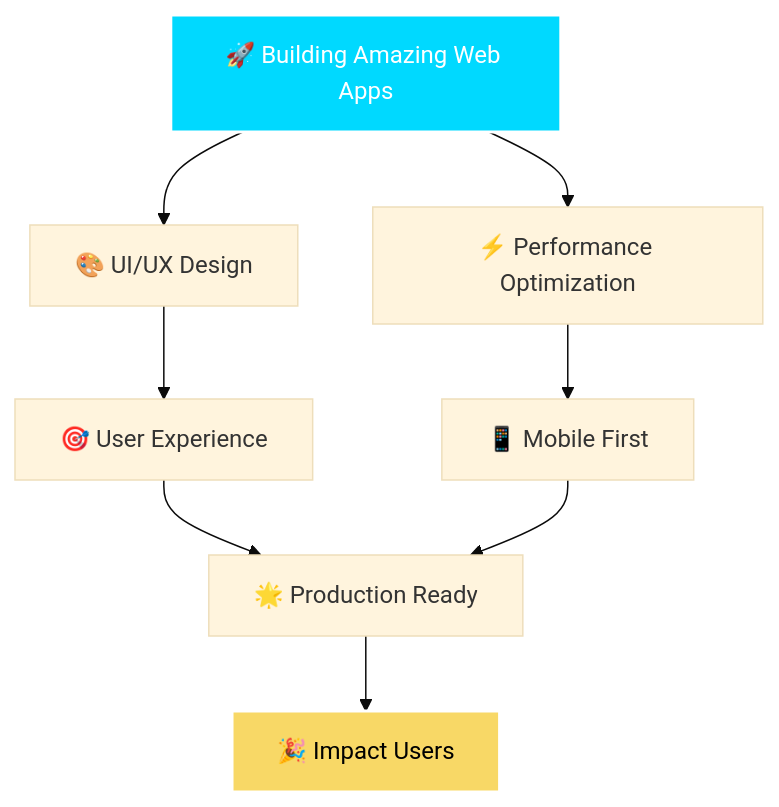
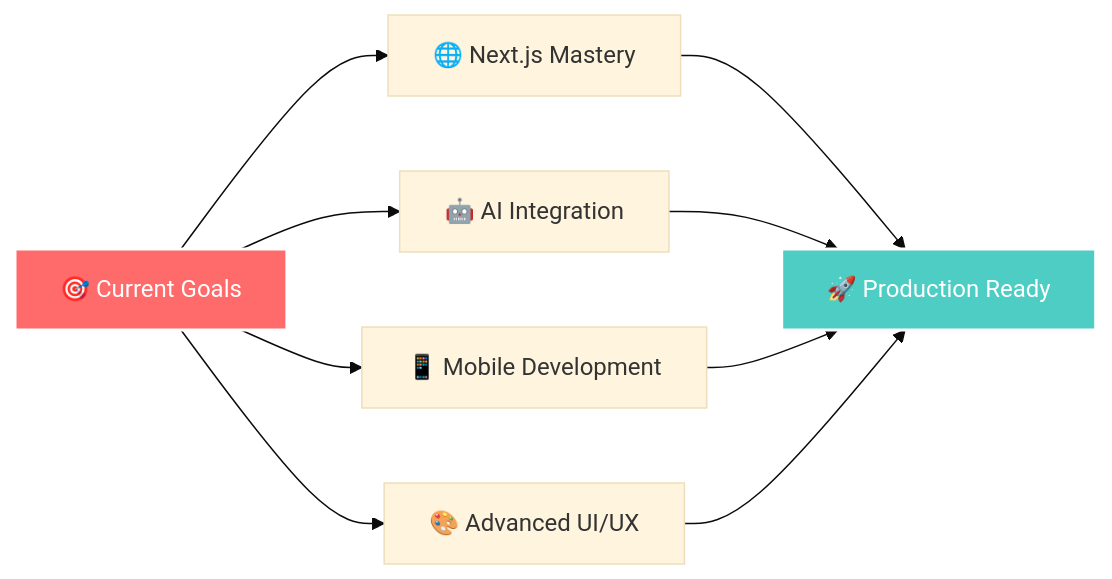
One commit to hacknotch/Preetam-Kulkarni changed the diagram in README.md. Above: the diagram before and after it, drawn with Mermaid (base theme). The commit also changed other lines of this file, not shown here.

````diff
--- a/README.md
+++ b/README.md
@@ -309,13 +230,15 @@
 ```mermaid
-graph TD
-    A[🚀 Building Amazing Web Apps] --> B[🎨 UI/UX Design]
-    A --> C[⚡ Performance Optimization]
-    B --> D[🎯 User Experience]
-    C --> E[📱 Mobile First]
-    D --> F[🌟 Production Ready]
+graph LR
+    A[🎯 Current Goals] --> B[🌐 Next.js Mastery]
+    A --> C[🤖 AI Integration]
+    A --> D[📱 Mobile Development]
+    A --> E[🎨 Advanced UI/UX]
+    
+    B --> F[🚀 Production Ready]
+    C --> F
+    D --> F
     E --> F
-    F --> G[🎉 Impact Users]
     
-    style A fill:#00D9FF,stroke:#fff,stroke-width:2px,color:#fff
-    style G fill:#F8D866,stroke:#fff,stroke-width:2px,color:#000
+    style A fill:#FF6B6B,stroke:#fff,stroke-width:2px,color:#fff
+    style F fill:#4ECDC4,stroke:#fff,stroke-width:2px,color:#fff
 ```
````
